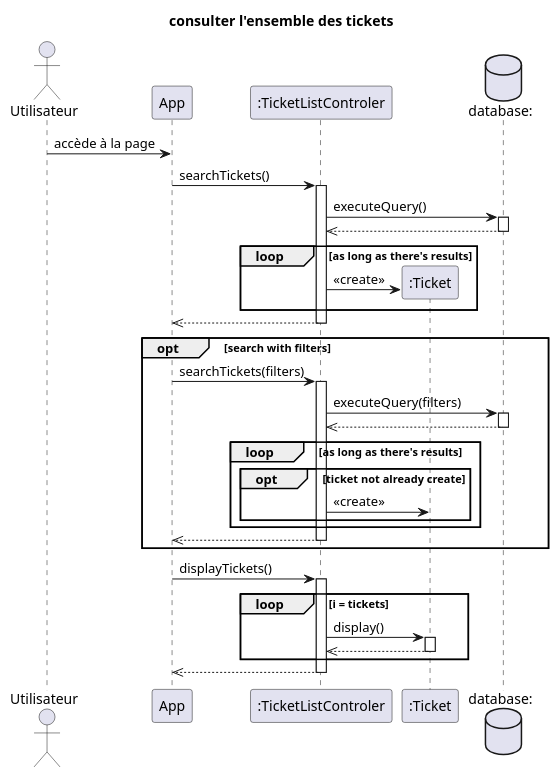
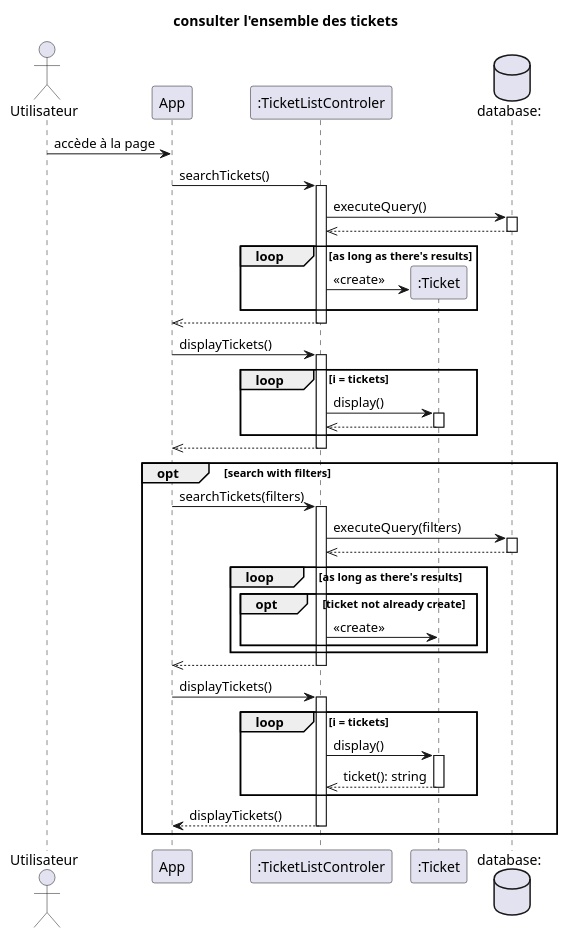
The diagram in docs/UML/consulter l'ensemble des tickets.puml (dorianleveque/CoHub), drawn with PlantUML before and after one commit.

Commit message:
update consulter l'ensemble des tickets

```diff
--- a/docs/UML/consulter l'ensemble des tickets.puml
+++ b/docs/UML/consulter l'ensemble des tickets.puml
@@ -1,59 +1,69 @@
 @startuml consulter l'ensemble des tickets
 title consulter l'ensemble des tickets
 
 actor client as "Utilisateur" order 1 
 participant app as "App" order 2 
 participant tlc as ":TicketListControler" order 3
 database bdd as "database:"  order 5
 
 client -> app :accède à la page 
 app -> tlc : searchTickets() 
 activate tlc
 tlc -> bdd : executeQuery()
 activate bdd
 tlc <<-- bdd
 deactivate bdd
 
 loop as long as there's results
     create ticket as ":Ticket" order 4
     tlc -> ticket : <<create>>
 end
 app <<-- tlc
 deactivate tlc
 
+app -> tlc : displayTickets()
+activate tlc
+
+loop i = tickets
+tlc -> ticket : display()
+activate ticket
+tlc <<-- ticket: 
+deactivate ticket
+end
+
+app <<-- tlc
+deactivate tlc
+
 opt search with filters
     app -> tlc : searchTickets(filters) 
     activate tlc
     tlc -> bdd : executeQuery(filters)
     activate bdd
     tlc <<-- bdd
     deactivate bdd
 
     loop as long as there's results
         opt ticket not already create
             create ticket as ":Ticket" order 41
             tlc -> ticket : <<create>>
         end
         
         
     end
     app <<-- tlc
     deactivate tlc
 
+    app -> tlc : displayTickets()
+    activate tlc
+    loop i = tickets
+    tlc -> ticket : display()
+    activate ticket
+    tlc <<-- ticket: ticket(): string
+    deactivate ticket
+    end
+    app <-- tlc : displayTickets()
+    deactivate tlc
 end
-
-app -> tlc : displayTickets()
-activate tlc
-
-loop i = tickets
-tlc -> ticket : display()
-activate ticket
-tlc <<-- ticket: 
-deactivate ticket
-end
-
-app <<-- tlc
-deactivate tlc
 
 
 @enduml
```
